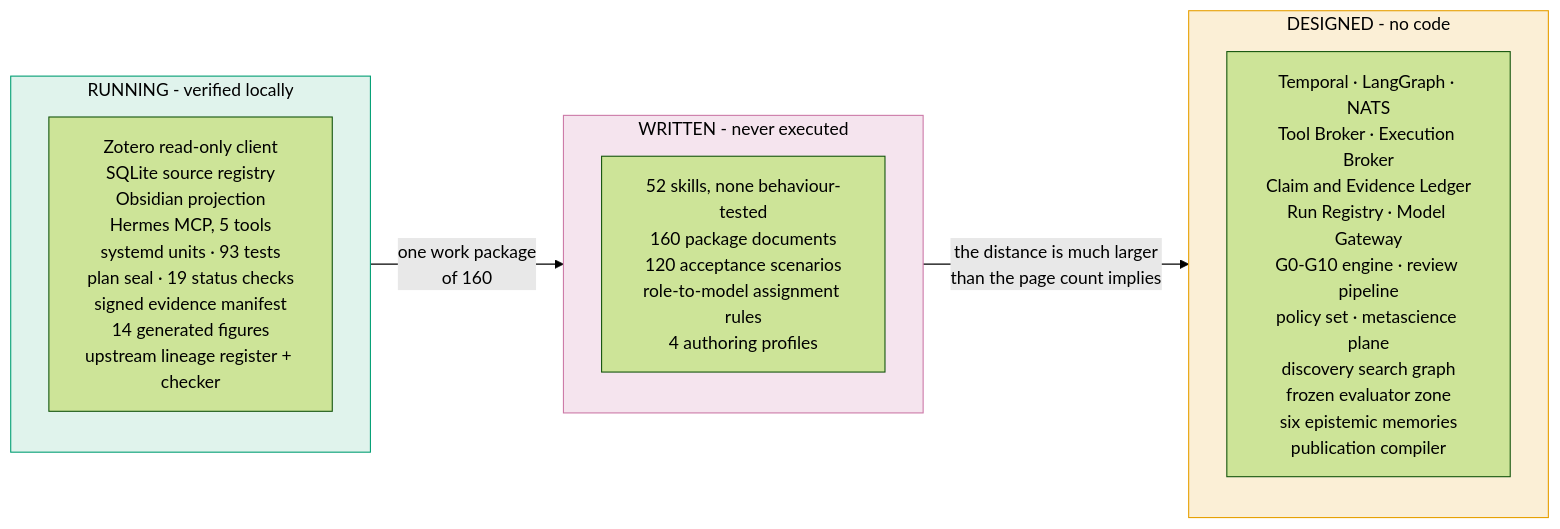
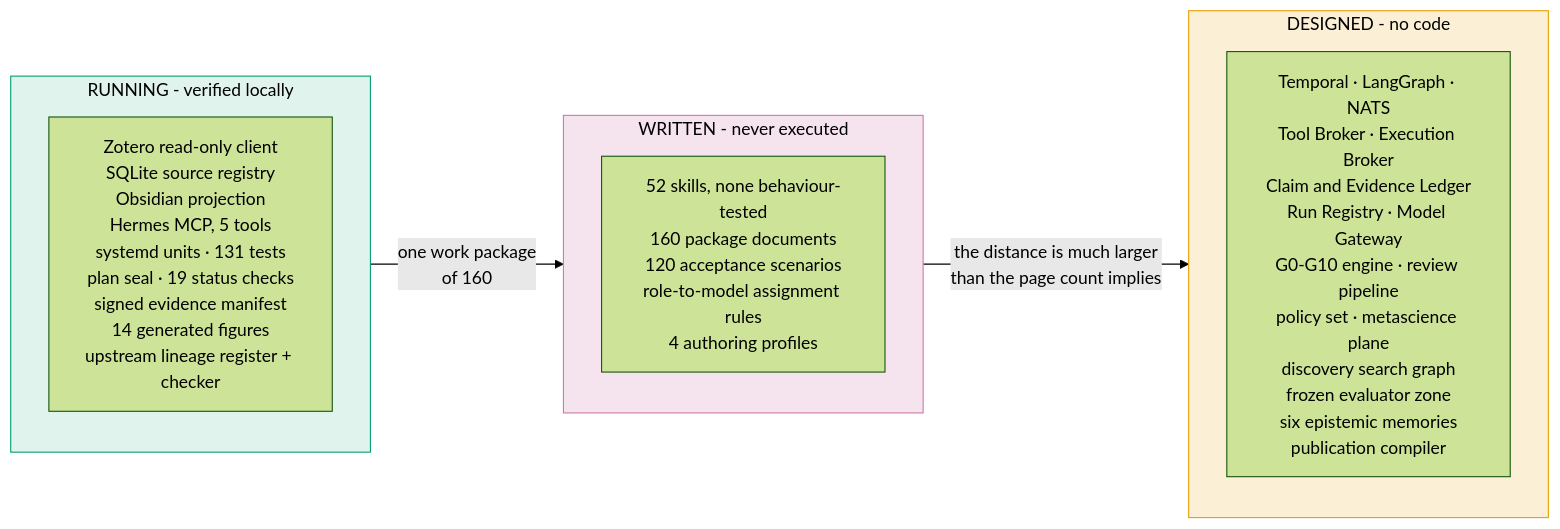
Before and after one commit to furkanhanilci/AETHRION: diagram 14 of 16 in README.md, drawn with Mermaid (forest theme). The commit also changed other lines of this file and 36 other files, not shown here.

````diff
--- a/README.md
+++ b/README.md
@@ -894,17 +894,17 @@
 ```mermaid
 flowchart LR
     subgraph WORKING["RUNNING - verified locally"]
-        W["Zotero read-only client<br/>SQLite source registry<br/>Obsidian projection<br/>Hermes MCP, 5 tools<br/>systemd units · 93 tests<br/>plan seal · 19 status checks<br/>signed evidence manifest<br/>14 generated figures<br/>upstream lineage register + checker"]
+        W["Zotero read-only client<br/>SQLite source registry<br/>Obsidian projection<br/>Hermes MCP, 5 tools<br/>systemd units · 131 tests<br/>plan seal · 19 status checks<br/>signed evidence manifest<br/>14 generated figures<br/>upstream lineage register + checker"]
     end
     subgraph WRITTEN["WRITTEN - never executed"]
         S["52 skills, none behaviour-tested<br/>160 package documents<br/>120 acceptance scenarios<br/>role-to-model assignment rules<br/>4 authoring profiles"]
     end
     subgraph DESIGNED["DESIGNED - no code"]
         D["Temporal · LangGraph · NATS<br/>Tool Broker · Execution Broker<br/>Claim and Evidence Ledger<br/>Run Registry · Model Gateway<br/>G0-G10 engine · review pipeline<br/>policy set · metascience plane<br/>discovery search graph<br/>frozen evaluator zone<br/>six epistemic memories<br/>publication compiler"]
     end
     WORKING -->|"one work package<br/>of 160"| WRITTEN
     WRITTEN -->|"the distance is much larger<br/>than the page count implies"| DESIGNED
     style WORKING fill:#E0F3EC,stroke:#009E73,color:#000
     style WRITTEN fill:#F5E4EE,stroke:#CC79A7,color:#000
     style DESIGNED fill:#FBEFD6,stroke:#E69F00,color:#000
 ```
````
